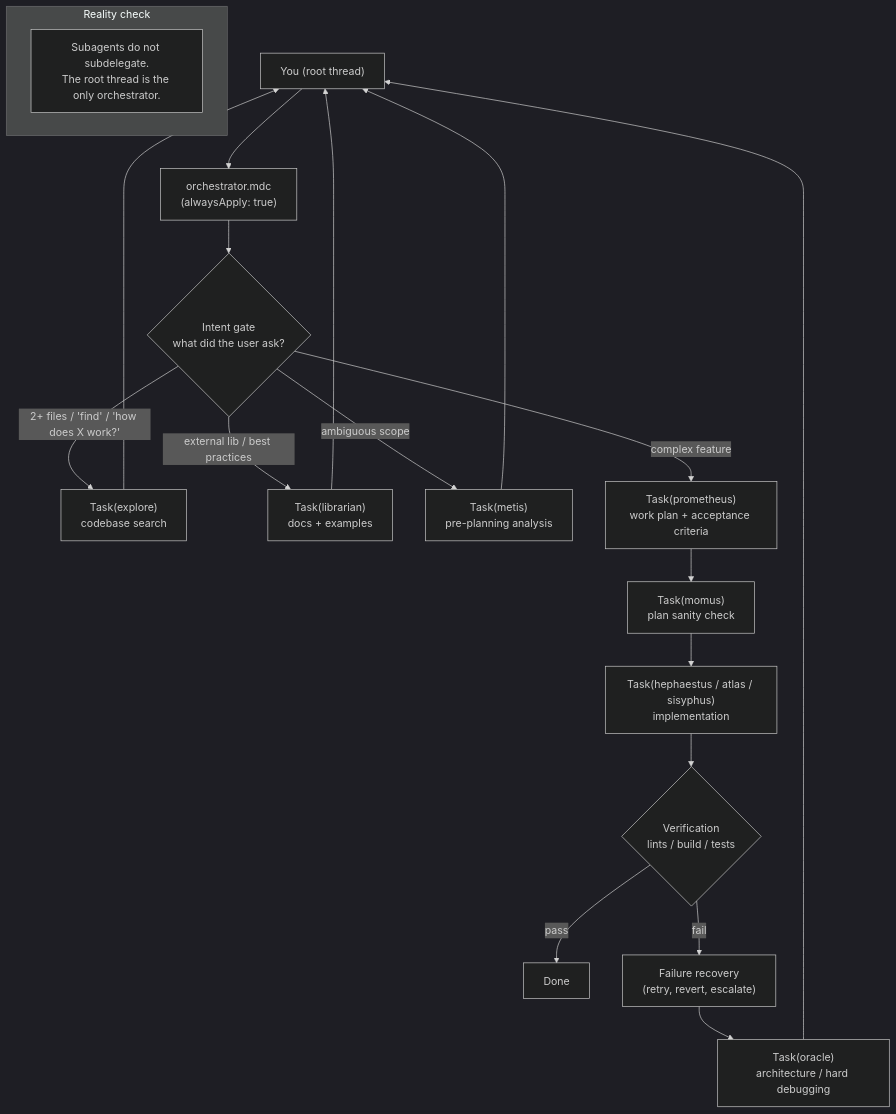
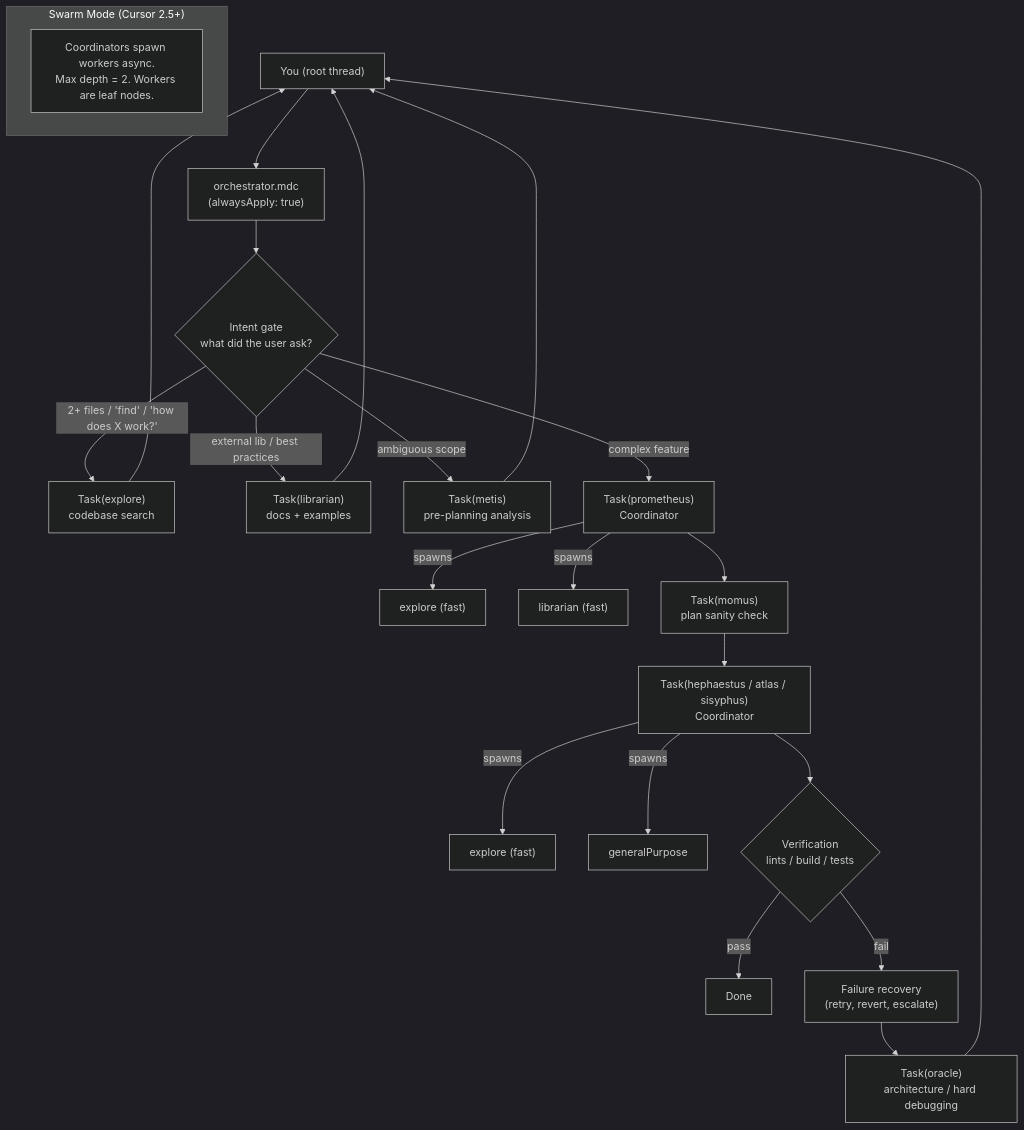
The diagram in README.md (tmcfarlane/oh-my-cursor), drawn with Mermaid (dark theme) before and after one commit. The commit also changed other lines of this file and 7 other files, not shown here.

First line of the commit message:
Add swarm coordinator protocol and enhance agent documentation

````diff
--- a/README.md
+++ b/README.md
@@ -163,28 +175,33 @@
 ```mermaid
 flowchart TD
   U["You (root thread)"] --> R["orchestrator.mdc<br/>(alwaysApply: true)"]
 
   R --> IG{"Intent gate<br/>what did the user ask?"}
 
   IG -->|2+ files / 'find' / 'how does X work?'| EX["Task(explore)<br/>codebase search"]
   IG -->|external lib / best practices| LI["Task(librarian)<br/>docs + examples"]
   IG -->|ambiguous scope| ME["Task(metis)<br/>pre-planning analysis"]
 
-  IG -->|complex feature| PR["Task(prometheus)<br/>work plan + acceptance criteria"]
+  IG -->|complex feature| PR["Task(prometheus)<br/>Coordinator"]
+  PR -->|"spawns"| PR_EX["explore (fast)"]
+  PR -->|"spawns"| PR_LI["librarian (fast)"]
   PR --> MO["Task(momus)<br/>plan sanity check"]
-  MO --> IM["Task(hephaestus / atlas / sisyphus)<br/>implementation"]
+  MO --> IM["Task(hephaestus / atlas / sisyphus)<br/>Coordinator"]
+
+  IM -->|"spawns"| IM_EX["explore (fast)"]
+  IM -->|"spawns"| IM_GP["generalPurpose"]
 
   EX --> U
   LI --> U
   ME --> U
 
   IM --> V{"Verification<br/>lints / build / tests"}
   V -->|pass| DONE["Done"]
   V -->|fail| FR["Failure recovery<br/>(retry, revert, escalate)"]
   FR --> OR["Task(oracle)<br/>architecture / hard debugging"]
   OR --> U
 
-  subgraph NOTE["Reality check"]
-    N1["Subagents do not subdelegate.<br/>The root thread is the only orchestrator."]
+  subgraph swarmNote ["Swarm Mode (Cursor 2.5+)"]
+    N1["Coordinators spawn workers async.<br/>Max depth = 2. Workers are leaf nodes."]
   end
 ```
````
